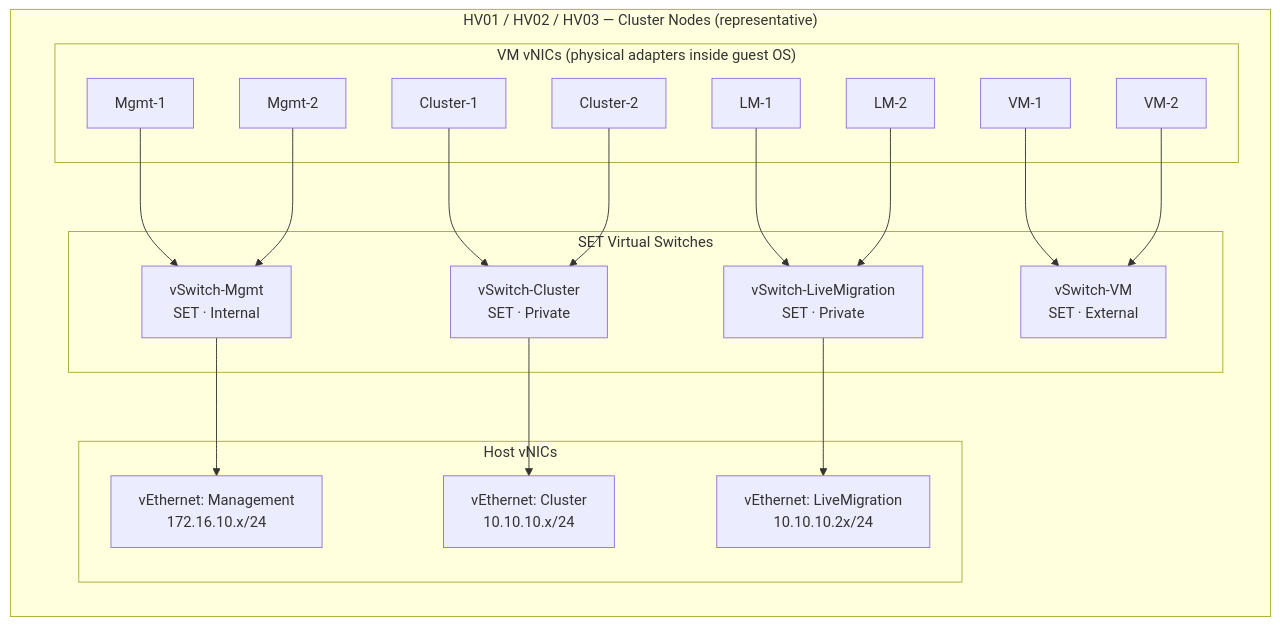
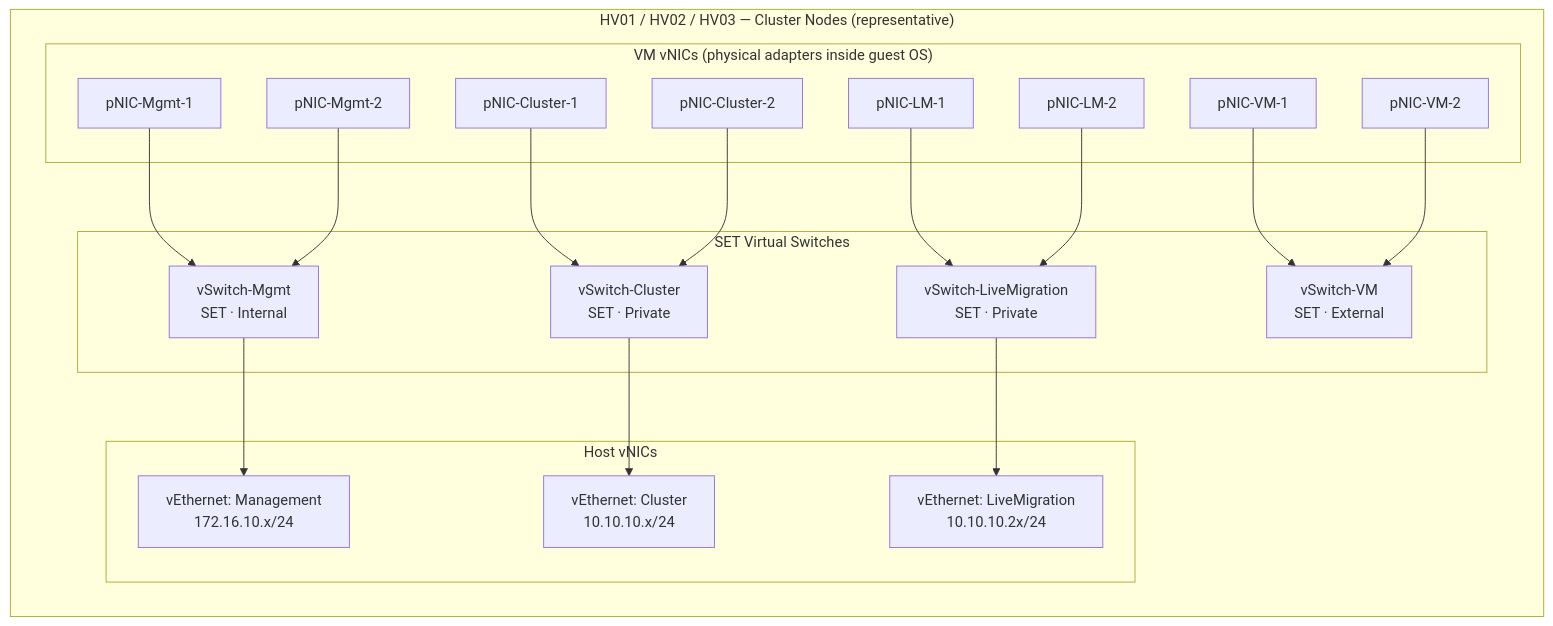
The diagram in docs/hyper-v-failover-cluster-lab-guide.md (Greg-T8/ws2025-hyperv-cluster-lab), drawn with Mermaid before and after one commit. The commit also changed other lines of this file and 1 other file, not shown here.

````diff
--- a/docs/hyper-v-failover-cluster-lab-guide.md
+++ b/docs/hyper-v-failover-cluster-lab-guide.md
@@ -58,36 +58,36 @@
 ```mermaid
 graph LR
     subgraph NODE["HV01 / HV02 / HV03 — Cluster Nodes (representative)"]
         subgraph GNICS["VM vNICs (physical adapters inside guest OS)"]
-            M1["Mgmt-1"]
-            M2["Mgmt-2"]
-            C1["Cluster-1"]
-            C2["Cluster-2"]
-            LM1["LM-1"]
-            LM2["LM-2"]
-            CP1["VM-1"]
-            CP2["VM-2"]
+            M1["pNIC-Mgmt-1"]
+            M2["pNIC-Mgmt-2"]
+            C1["pNIC-Cluster-1"]
+            C2["pNIC-Cluster-2"]
+            LM1["pNIC-LM-1"]
+            LM2["pNIC-LM-2"]
+            CP1["pNIC-VM-1"]
+            CP2["pNIC-VM-2"]
         end
 
         subgraph GSET["SET Virtual Switches"]
             SET_M["vSwitch-Mgmt\nSET · Internal"]
             SET_C["vSwitch-Cluster\nSET · Private"]
             SET_LM["vSwitch-LiveMigration\nSET · Private"]
             SET_CP["vSwitch-VM\nSET · External"]
         end
 
         subgraph GVNICS["Host vNICs"]
             HV_MGMT["vEthernet: Management\n172.16.10.x/24"]
             HV_CLUS["vEthernet: Cluster\n10.10.10.x/24"]
             HV_LM["vEthernet: LiveMigration\n10.10.10.2x/24"]
         end
 
         M1 & M2 --> SET_M
         C1 & C2 --> SET_C
         LM1 & LM2 --> SET_LM
         CP1 & CP2 --> SET_CP
         SET_M --> HV_MGMT
         SET_C --> HV_CLUS
         SET_LM --> HV_LM
     end
 ```
````
